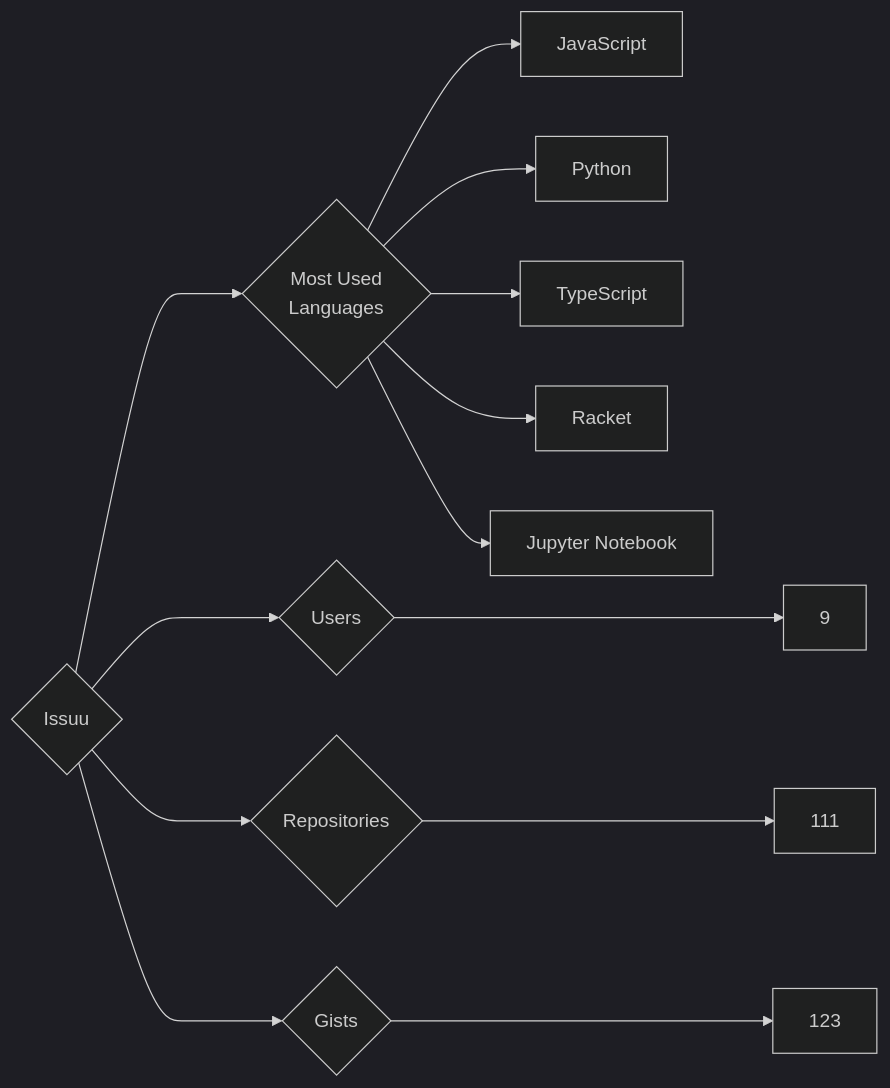
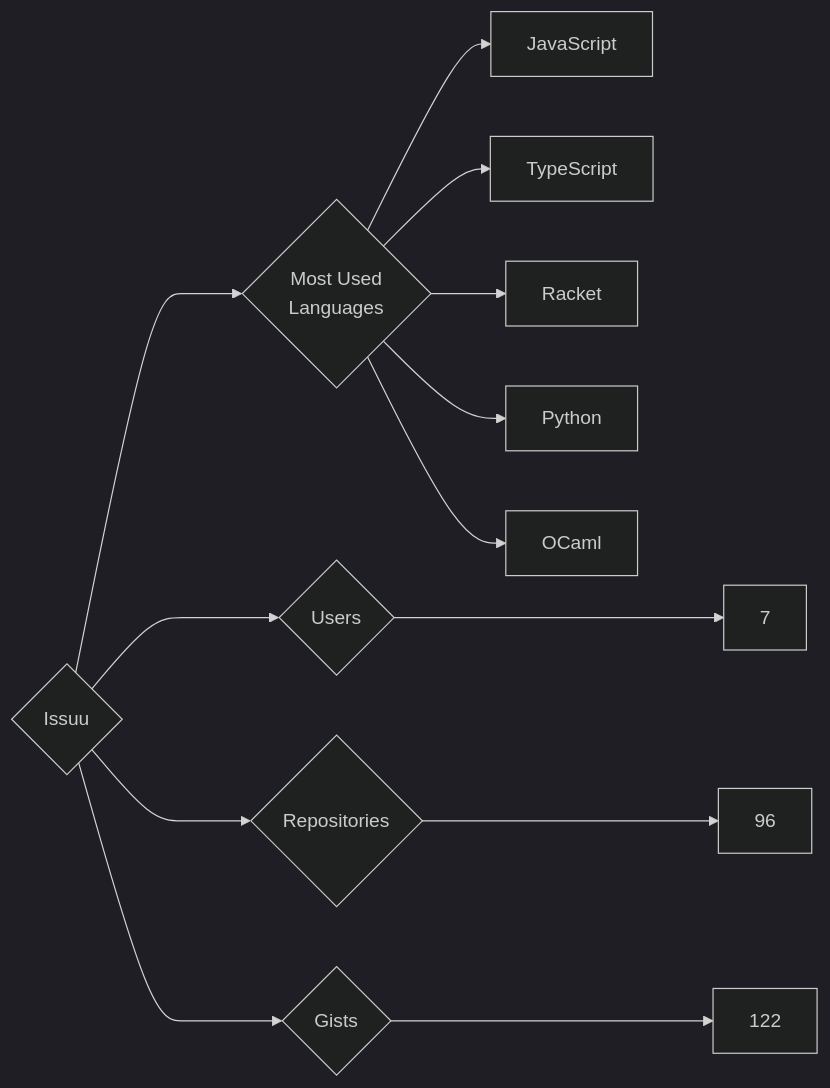
The diagram in targets/Issuu/README.md (trickest/insiders), drawn with Mermaid (dark theme) before and after one commit. The commit also changed 838 other files, not shown here.

````diff
--- a/targets/Issuu/README.md
+++ b/targets/Issuu/README.md
@@ -3,13 +3,13 @@
 ```mermaid
 graph LR
 COMPANY_NAME{Issuu}
-COMPANY_NAME ---> U{Users} ---> UN[9]
-COMPANY_NAME ---> R{Repositories} ---> RN[111]
-COMPANY_NAME ---> G{Gists} ---> GN[123]
+COMPANY_NAME ---> U{Users} ---> UN[7]
+COMPANY_NAME ---> R{Repositories} ---> RN[96]
+COMPANY_NAME ---> G{Gists} ---> GN[122]
 COMPANY_NAME ---> ML{Most Used<br>Languages}
 ML --> JavaScript[JavaScript]
-ML --> Python[Python]
 ML --> TypeScript[TypeScript]
 ML --> Racket[Racket]
-ML --> Jupyter_Notebook[Jupyter Notebook]
+ML --> Python[Python]
+ML --> OCaml[OCaml]
 ```
````
